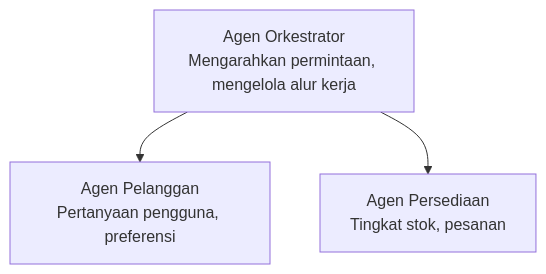
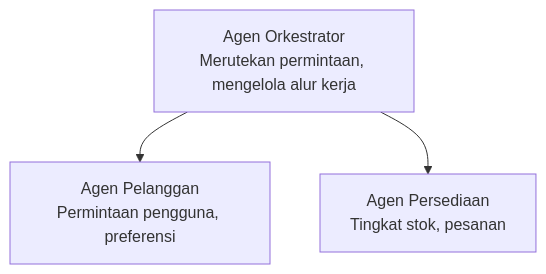
One commit to microsoft/AZD-for-beginners changed the diagram in translations/id/docs/chapter-05-multi-agent/README.md. Above: the diagram before and after it, drawn with Mermaid. The commit also changed other lines of this file and 104 other files, not shown here.

````diff
--- a/translations/id/docs/chapter-05-multi-agent/README.md
+++ b/translations/id/docs/chapter-05-multi-agent/README.md
@@ -52,5 +54,5 @@
 ```mermaid
 graph TD
-    Orchestrator[Agen Orkestrator<br/>Mengarahkan permintaan, mengelola alur kerja] --> Customer[Agen Pelanggan<br/>Pertanyaan pengguna, preferensi]
+    Orchestrator[Agen Orkestrator<br/>Merutekan permintaan, mengelola alur kerja] --> Customer[Agen Pelanggan<br/>Permintaan pengguna, preferensi]
     Orchestrator --> Inventory[Agen Persediaan<br/>Tingkat stok, pesanan]
 ```
````
